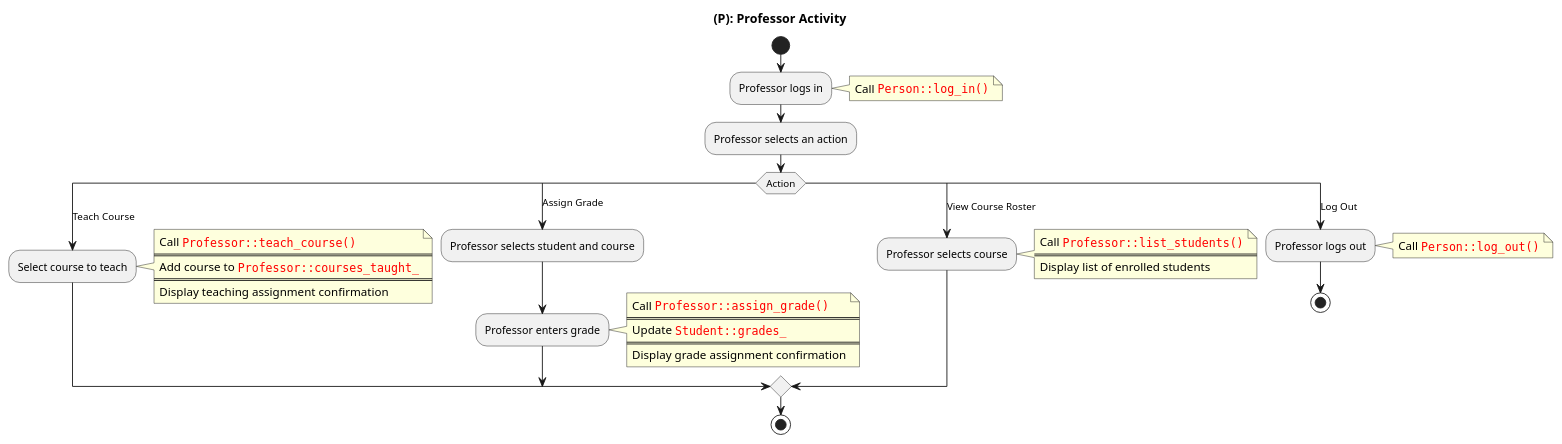
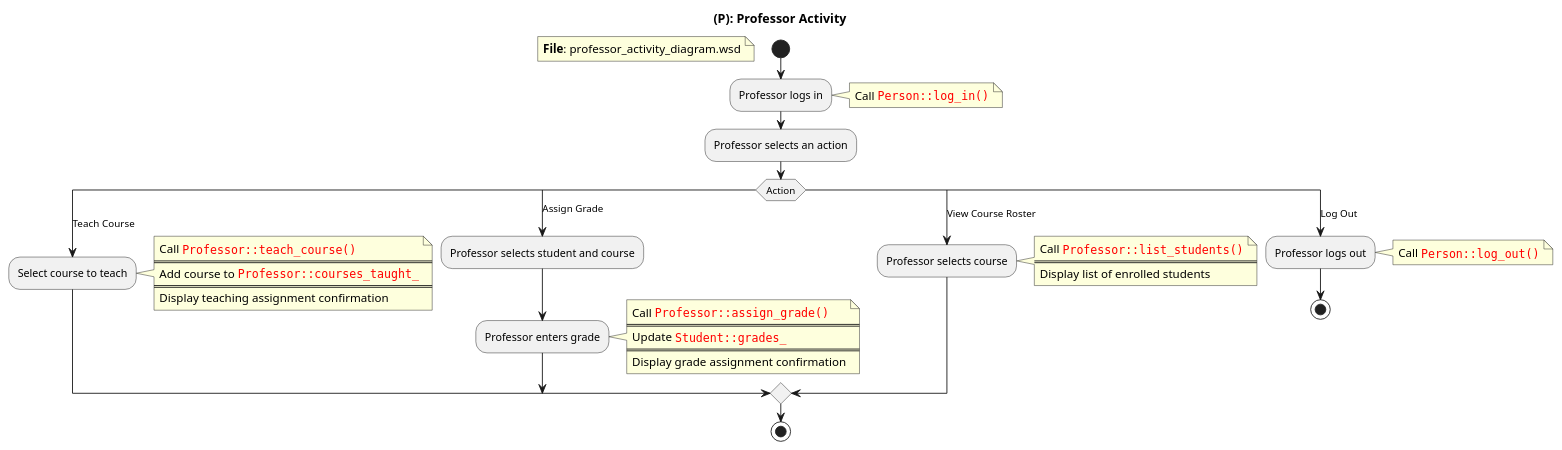
Before and after one commit to rahulk-99/enpm702_fall2024: the diagram in lecture7/diagrams/professor_activity_diagram.wsd, drawn with PlantUML. The commit also changed 37 other files, not shown here.

```diff
--- a/lecture7/diagrams/professor_activity_diagram.wsd
+++ b/lecture7/diagrams/professor_activity_diagram.wsd
@@ -1,52 +1,53 @@
-@startuml
+@startuml "Professor Activity"
 title (P): Professor Activity
 start
+floating note left: <b>File</b>: professor_activity_diagram.wsd
 
 :Professor logs in;
 note right
 Call <color:red>""Person::log_in()""
 end note
 :Professor selects an action;
 
 switch (Action)
     case (Teach Course)
         :Select course to teach;
 
 note right
 Call <color:red>""Professor::teach_course()""
 ====
 Add course to <color:red>""Professor::courses_taught_""
 ====
 Display teaching assignment confirmation
 end note
     case (Assign Grade)
         :Professor selects student and course;
         :Professor enters grade;
 
 note right
 Call <color:red>""Professor::assign_grade()""
 ====
 Update <color:red>""Student::grades_""
 ====
 Display grade assignment confirmation
 end note
 
     case (View Course Roster)
         :Professor selects course;
 note right
 Call <color:red>""Professor::list_students()""
 ====
 Display list of enrolled students
 end note
     case (Log Out)
         :Professor logs out;
 
 note right
 Call <color:red>""Person::log_out()""
 end note
 
         stop
 endswitch
 
 stop
 @enduml
```
